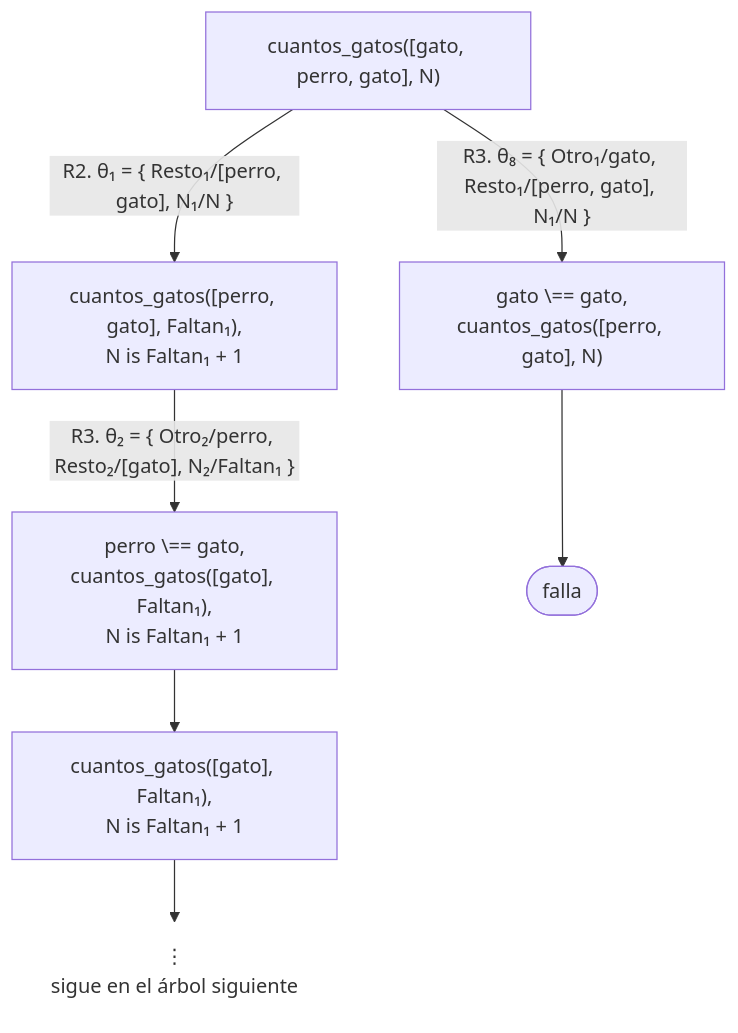
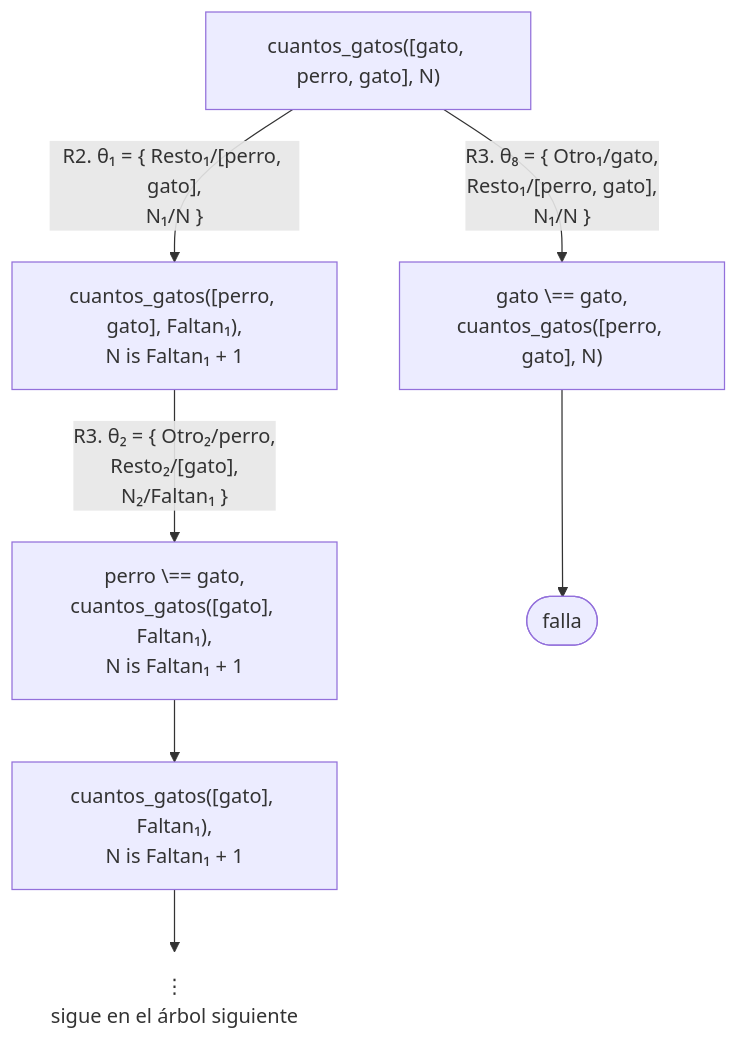
One commit to CesarBallardini/curso-de-prolog changed the first of 6 diagrams in docs/capitulo-07-listas/soluciones.md. Above: the diagram before and after it, drawn with Mermaid. The commit also changed other lines of this file and 24 other files, not shown here.

First line of the commit message:
feat(docs): botones para ocultar las columnas laterales y etiquetas cortas en los diagramas

````diff
--- a/docs/capitulo-07-listas/soluciones.md
+++ b/docs/capitulo-07-listas/soluciones.md
@@ -106,11 +106,11 @@
 ```mermaid
 flowchart TD
-    A["cuantos_gatos([gato, perro, gato], N)"] -- "R2. θ₁ = {&nbsp;Resto₁/[perro, gato], N₁/N&nbsp;}" --> B["cuantos_gatos([perro, gato], Faltan₁),<br/>N is Faltan₁ + 1"]
-    B -- "R3. θ₂ = {&nbsp;Otro₂/perro, Resto₂/[gato], N₂/Faltan₁&nbsp;}" --> C["perro \== gato,<br/>cuantos_gatos([gato], Faltan₁),<br/>N is Faltan₁ + 1"]
+    A["cuantos_gatos([gato, perro, gato], N)"] -- "R2. θ₁ = {&nbsp;Resto₁/[perro, gato],<br/>N₁/N&nbsp;}" --> B["cuantos_gatos([perro, gato], Faltan₁),<br/>N is Faltan₁ + 1"]
+    B -- "R3. θ₂ = {&nbsp;Otro₂/perro,<br/>Resto₂/[gato],<br/>N₂/Faltan₁&nbsp;}" --> C["perro \== gato,<br/>cuantos_gatos([gato], Faltan₁),<br/>N is Faltan₁ + 1"]
     C --> D["cuantos_gatos([gato], Faltan₁),<br/>N is Faltan₁ + 1"]
     D --> V["⋮<br/>sigue en el árbol siguiente"]
-    A -- "R3. θ₈ = {&nbsp;Otro₁/gato, Resto₁/[perro, gato], N₁/N&nbsp;}" --> X1["gato \== gato,<br/>cuantos_gatos([perro, gato], N)"]
+    A -- "R3. θ₈ = {&nbsp;Otro₁/gato,<br/>Resto₁/[perro, gato],<br/>N₁/N&nbsp;}" --> X1["gato \== gato,<br/>cuantos_gatos([perro, gato], N)"]
     X1 --> F1(["falla"])
     classDef abierto fill:none,stroke:none;
     class V abierto;
 ```
````
